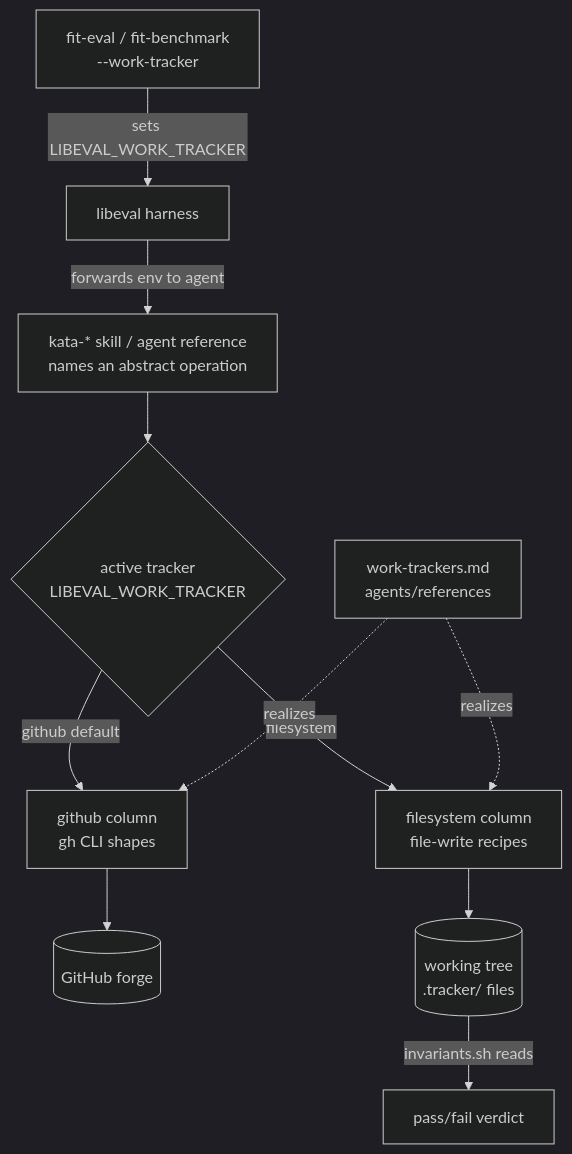
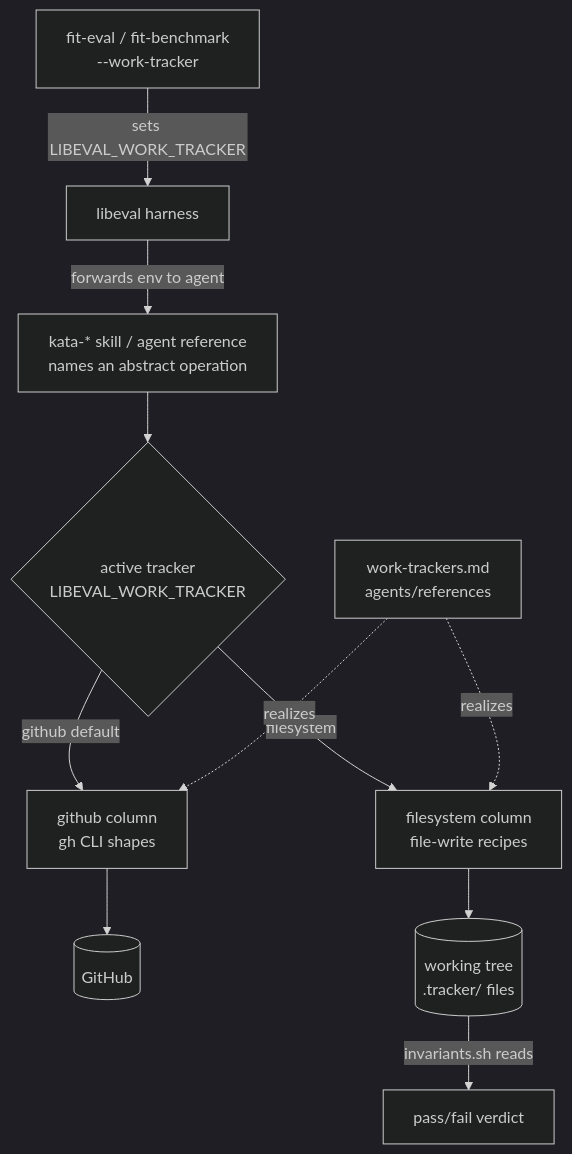
The diagram in specs/2090-work-item-provider-abstraction/design-b.md (forwardimpact/monorepo), drawn with Mermaid (dark theme) before and after one commit. The commit also changed other lines of this file and 6 other files, not shown here.

````diff
--- a/specs/2090-work-item-provider-abstraction/design-b.md
+++ b/specs/2090-work-item-provider-abstraction/design-b.md
@@ -56,13 +56,13 @@
 ```mermaid
 flowchart TD
   CLI["fit-eval / fit-benchmark<br/>--work-tracker"] -->|sets LIBEVAL_WORK_TRACKER| HARNESS[libeval harness]
   HARNESS -->|forwards env to agent| S[kata-* skill / agent reference<br/>names an abstract operation]
   S --> SEL{active tracker<br/>LIBEVAL_WORK_TRACKER}
   SEL -->|github default| GH[github column<br/>gh CLI shapes]
   SEL -->|filesystem| FS[filesystem column<br/>file-write recipes]
-  GH --> FORGE[(GitHub forge)]
+  GH --> REMOTE[(GitHub)]
   FS --> TREE[(working tree<br/>.tracker/ files)]
   MATRIX[work-trackers.md<br/>agents/references] -.realizes.-> GH
   MATRIX -.realizes.-> FS
   TREE -->|invariants.sh reads| VERDICT[pass/fail verdict]
 ```
````
